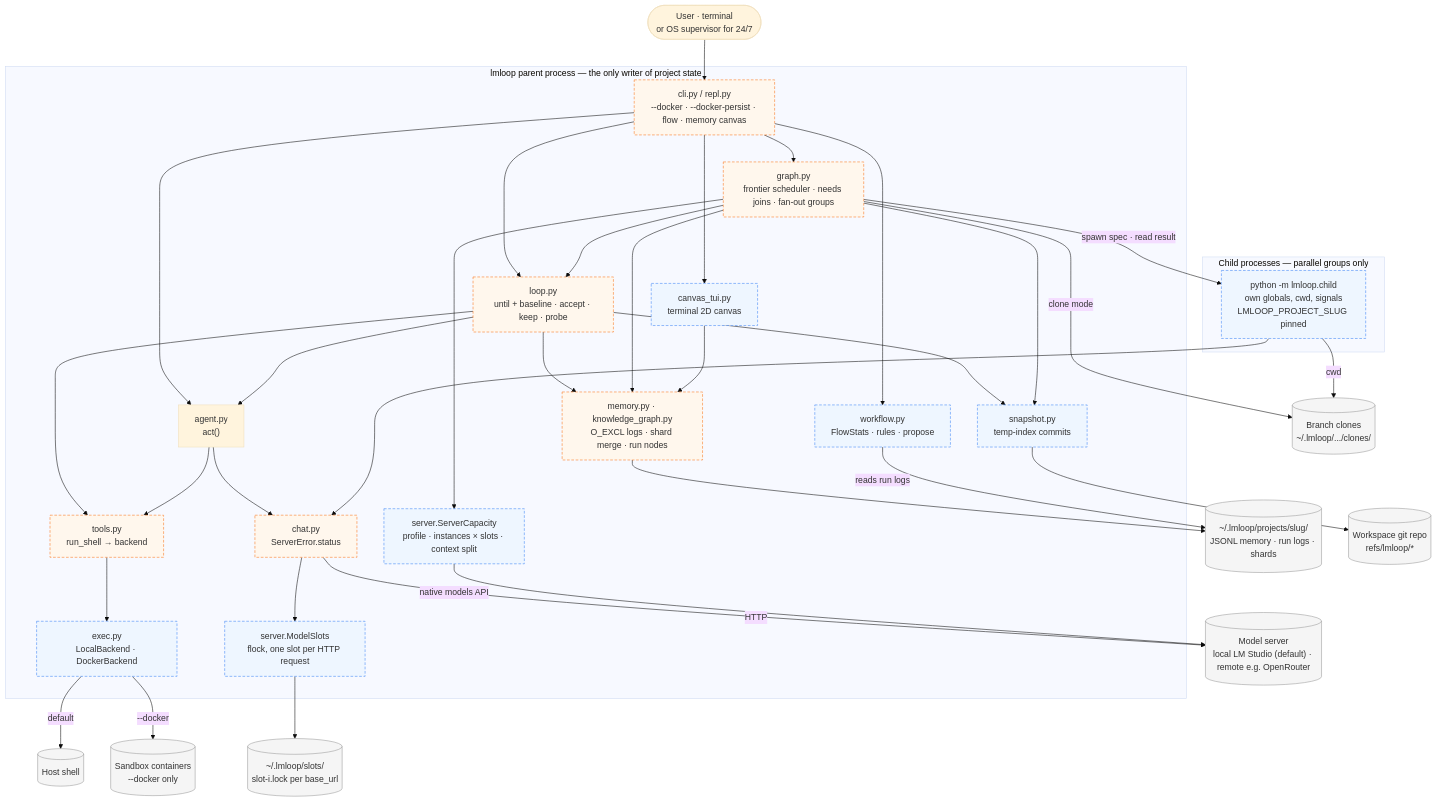
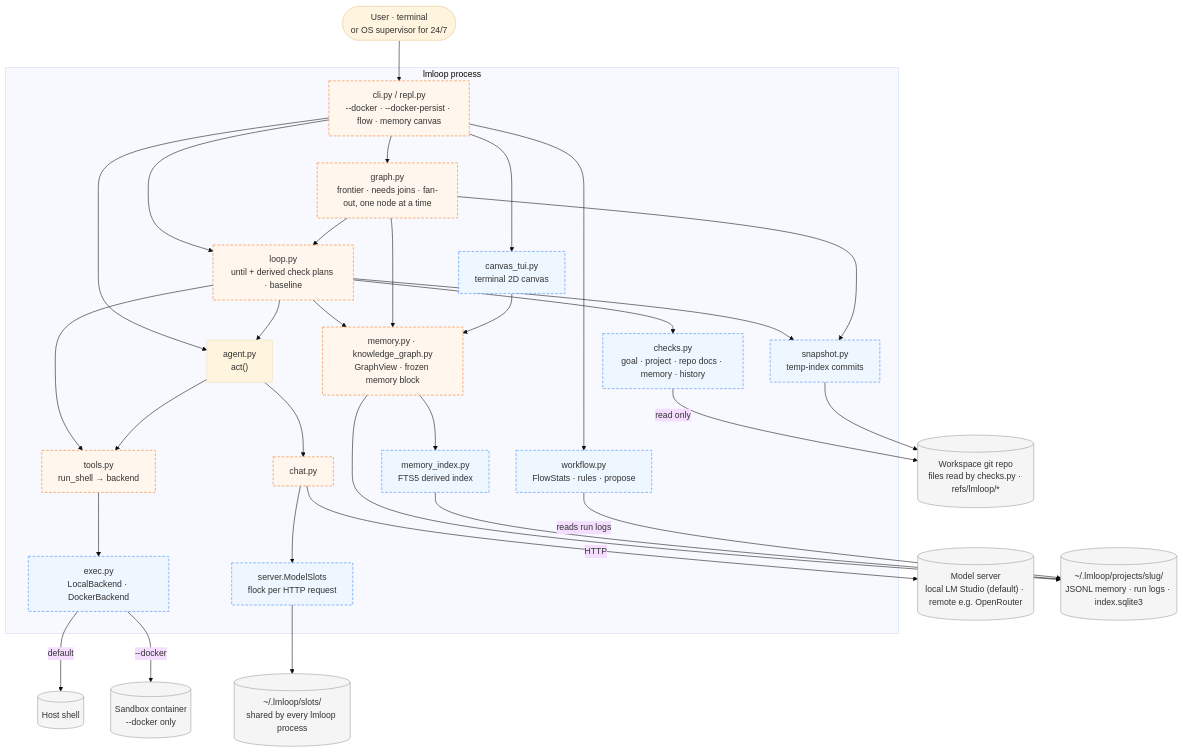
The first of 6 diagrams in lmloop/docs/DESIGN_DAG_AND_KNOWLEDGE_CANVAS.md (XD-Builder/environment-setup), drawn with Mermaid (base theme) before and after one commit. The commit also changed other lines of this file and 4 other files, not shown here.

````diff
--- a/lmloop/docs/DESIGN_DAG_AND_KNOWLEDGE_CANVAS.md
+++ b/lmloop/docs/DESIGN_DAG_AND_KNOWLEDGE_CANVAS.md
@@ -58,68 +53,62 @@
 ```mermaid
 flowchart TB
   classDef new fill:#eef6ff,stroke:#3b82f6,stroke-dasharray:5 3
   classDef mod fill:#fff7ed,stroke:#f97316,stroke-dasharray:5 3
   classDef ext fill:#f5f5f5,stroke:#999
 
   user(["User · terminal<br/>or OS supervisor for 24/7"])
 
-  subgraph parent["lmloop parent process — the only writer of project state"]
+  subgraph proc["lmloop process"]
     entry["cli.py / repl.py<br/>--docker · --docker-persist · flow · memory canvas"]:::mod
-    graphpy["graph.py<br/>frontier scheduler · needs joins · fan-out groups"]:::mod
-    loop["loop.py<br/>until + baseline · accept · keep · probe"]:::mod
+    graphpy["graph.py<br/>frontier · needs joins · fan-out, one node at a time"]:::mod
+    loop["loop.py<br/>until + derived check plans · baseline"]:::mod
+    checks["checks.py<br/>goal · project · repo docs · memory · history"]:::new
     agent["agent.py<br/>act()"]
     tools["tools.py<br/>run_shell → backend"]:::mod
-    chat["chat.py<br/>ServerError.status"]:::mod
-    cap["server.ServerCapacity<br/>profile · instances × slots · context split"]:::new
-    slots["server.ModelSlots<br/>flock, one slot per HTTP request"]:::new
+    chat["chat.py"]:::mod
+    slots["server.ModelSlots<br/>flock per HTTP request"]:::new
     execb["exec.py<br/>LocalBackend · DockerBackend"]:::new
     snap["snapshot.py<br/>temp-index commits"]:::new
+    mem["memory.py · knowledge_graph.py<br/>GraphView · frozen memory block"]:::mod
+    midx["memory_index.py<br/>FTS5 derived index"]:::new
     wf["workflow.py<br/>FlowStats · rules · propose"]:::new
     canvas["canvas_tui.py<br/>terminal 2D canvas"]:::new
-    mem["memory.py · knowledge_graph.py<br/>O_EXCL logs · shard merge · run nodes"]:::mod
-  end
-
-  subgraph kids["Child processes — parallel groups only"]
-    child["python -m lmloop.child<br/>own globals, cwd, signals<br/>LMLOOP_PROJECT_SLUG pinned"]:::new
   end
 
   model[("Model server<br/>local LM Studio (default) · remote e.g. OpenRouter")]:::ext
-  slotdir[("~/.lmloop/slots/<br/>slot-i.lock per base_url")]:::ext
-  state[("~/.lmloop/projects/slug/<br/>JSONL memory · run logs · shards")]:::ext
+  slotdir[("~/.lmloop/slots/<br/>shared by every lmloop process")]:::ext
+  state[("~/.lmloop/projects/slug/<br/>JSONL memory · run logs · index.sqlite3")]:::ext
   host[("Host shell")]:::ext
-  ctr[("Sandbox containers<br/>--docker only")]:::ext
-  repo[("Workspace git repo<br/>refs/lmloop/*")]:::ext
-  clones[("Branch clones<br/>~/.lmloop/.../clones/")]:::ext
+  ctr[("Sandbox container<br/>--docker only")]:::ext
+  repo[("Workspace git repo<br/>files read by checks.py · refs/lmloop/*")]:::ext
 
   user --> entry
   entry --> graphpy
   entry --> loop
   entry --> agent
   entry --> wf
   entry --> canvas
   graphpy --> loop
-  graphpy --> cap
-  graphpy -->|"spawn spec · read result"| child
+  loop --> checks
+  checks -->|"read only"| repo
   loop --> agent
   loop --> tools
   agent --> tools
   agent --> chat
-  child --> chat
   chat --> slots
   slots --> slotdir
   chat -->|"HTTP"| model
-  cap -->|"native models API"| model
   tools --> execb
   execb -->|"default"| host
   execb -->|"--docker"| ctr
   loop --> snap
   graphpy --> snap
   snap --> repo
-  graphpy -->|"clone mode"| clones
-  child -->|"cwd"| clones
   loop --> mem
   graphpy --> mem
+  mem --> midx
   mem --> state
+  midx --> state
   wf -->|"reads run logs"| state
   canvas --> mem
 ```
````
